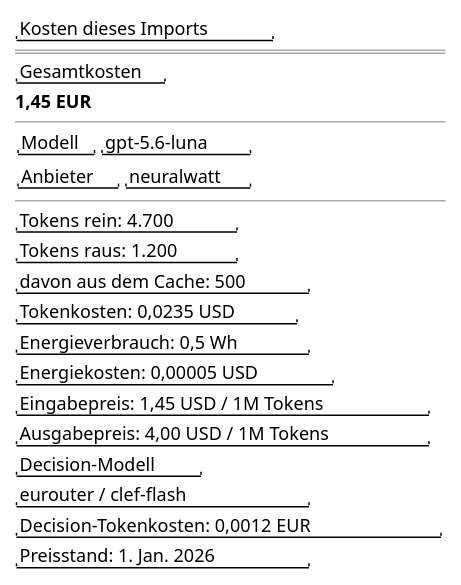
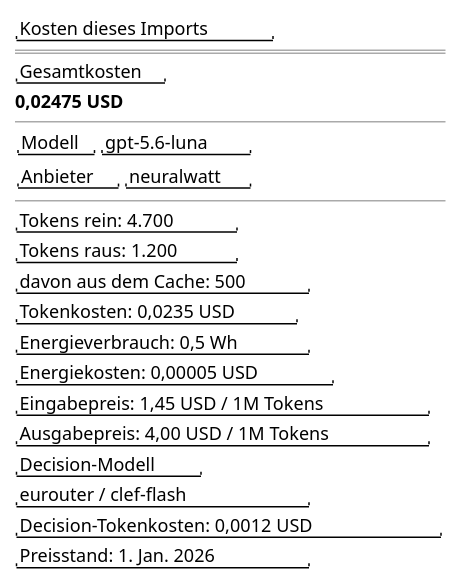
The second of 2 diagrams in docs/design/screens/ai-import-jobs.md (tradem/breakdown-rs), drawn with PlantUML before and after one commit. The commit also changed other lines of this file and 11 other files, not shown here.

````diff
--- a/docs/design/screens/ai-import-jobs.md
+++ b/docs/design/screens/ai-import-jobs.md
@@ -184,26 +184,26 @@
 ```plantuml
 @startsalt
 {
   "Kosten dieses Imports"
   ==
   "Gesamtkosten"
-  **1,45 EUR**
+  **0,02475 USD**
   --
   { "Modell" | "gpt-5.6-luna" }
   { "Anbieter" | "neuralwatt" }
   --
   "Tokens rein: 4.700"
   "Tokens raus: 1.200"
   "davon aus dem Cache: 500"
   "Tokenkosten: 0,0235 USD"
   "Energieverbrauch: 0,5 Wh"
   "Energiekosten: 0,00005 USD"
   "Eingabepreis: 1,45 USD / 1M Tokens"
   "Ausgabepreis: 4,00 USD / 1M Tokens"
   "Decision-Modell"
   "   eurouter / clef-flash"
-  "   Decision-Tokenkosten: 0,0012 EUR"
+  "   Decision-Tokenkosten: 0,0012 USD"
   "Preisstand: 1. Jan. 2026"
 }
 @endsalt
 ```
````
